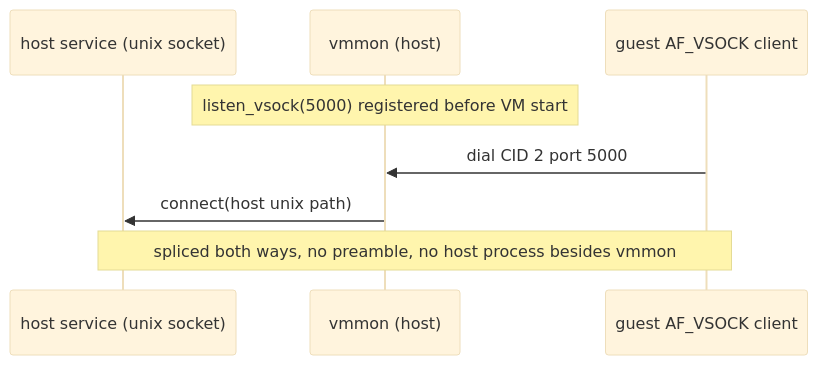
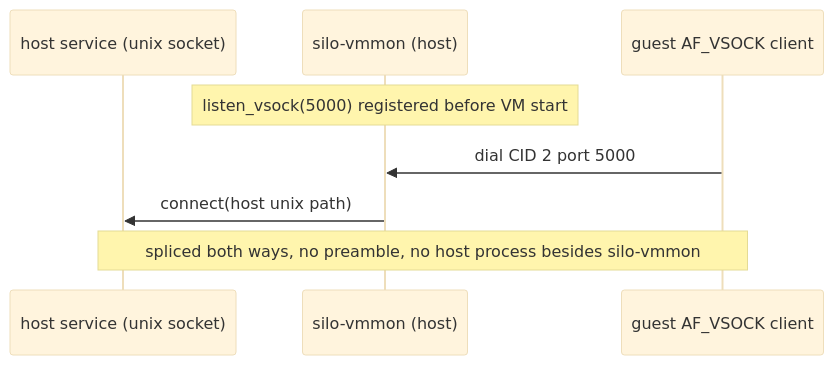
Before and after one commit to vandycknick/silo: the fifth of 9 diagrams in docs/adr/0016-vsock-forwards-and-netd-publications.md, drawn with Mermaid (base theme). The commit also changed other lines of this file and 34 other files, not shown here.

First line of the commit message:
docs: single state root, silo-vmmon contract, and rename

````diff
--- a/docs/adr/0016-vsock-forwards-and-netd-publications.md
+++ b/docs/adr/0016-vsock-forwards-and-netd-publications.md
@@ -313,10 +313,10 @@
 ```mermaid
 sequenceDiagram
   participant S as host service (unix socket)
-  participant V as vmmon (host)
+  participant V as silo-vmmon (host)
   participant G as guest AF_VSOCK client
   Note over V: listen_vsock(5000) registered before VM start
   G->>V: dial CID 2 port 5000
   V->>S: connect(host unix path)
-  Note over S,G: spliced both ways, no preamble, no host process besides vmmon
+  Note over S,G: spliced both ways, no preamble, no host process besides silo-vmmon
 ```
````
